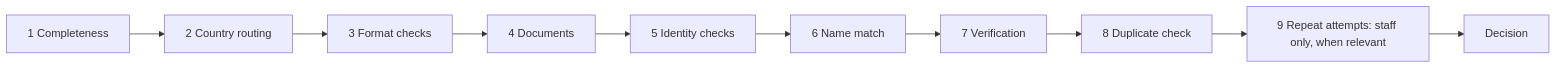
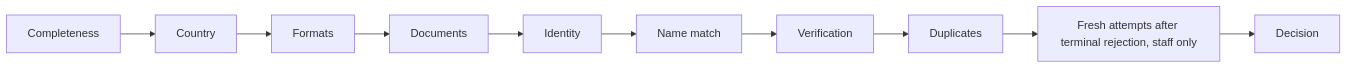
The second of 4 diagrams in docs/WORKFLOW.md (ShubhamK0802/vendor-onboarding-flask), drawn with Mermaid before and after one commit. The commit also changed other lines of this file and 25 other files, not shown here.

````diff
--- a/docs/WORKFLOW.md
+++ b/docs/WORKFLOW.md
@@ -29,6 +33,6 @@
 ```mermaid
 flowchart LR
-    S1[1 Completeness] --> S2[2 Country routing] --> S3[3 Format checks] --> S4[4 Documents]
-    S4 --> S5[5 Identity checks] --> S6[6 Name match] --> S7[7 Verification] --> S8[8 Duplicate check]
-    S8 --> S9[9 Repeat attempts: staff only, when relevant] --> D[Decision]
+    S1[Completeness] --> S2[Country] --> S3[Formats] --> S4[Documents]
+    S4 --> S5[Identity] --> S6[Name match] --> S7[Verification] --> S8[Duplicates]
+    S8 --> S9[Fresh attempts after terminal rejection, staff only] --> D[Decision]
 ```
````
